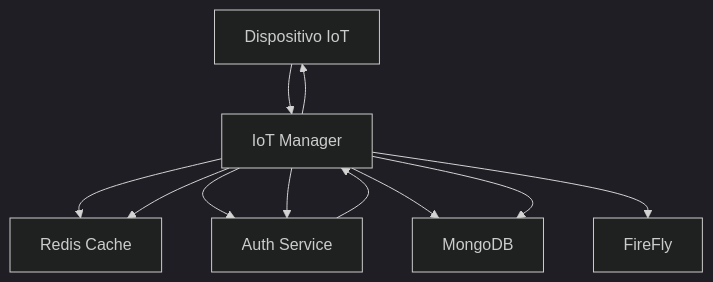
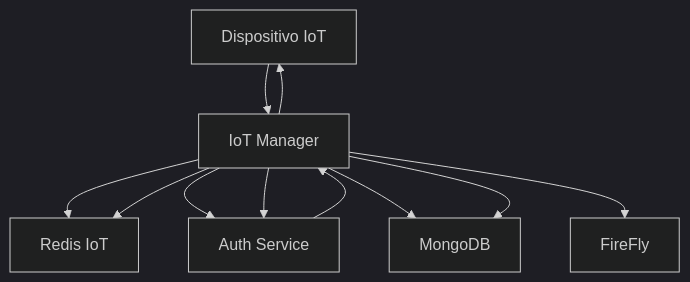
The sixth of 9 diagrams in docs/PATTERNS_AND_SECURITY.md (eromeroc97/TFG_AURORA_Blockchain), drawn with Mermaid (dark theme) before and after one commit. The commit also changed other lines of this file and 3 other files, not shown here.

````diff
--- a/docs/PATTERNS_AND_SECURITY.md
+++ b/docs/PATTERNS_AND_SECURITY.md
@@ -431,21 +434,21 @@
 ```mermaid
 flowchart TD
     A[Dispositivo IoT]
     B[IoT Manager]
-    C[Redis Cache]
+    C[Redis IoT]
     D[Auth Service]
     E[MongoDB]
     F[FireFly]
     
     A --> B
     B --> C
     
     B --> D
     D --> B
     B --> C
     B --> E
     B --> D
     B --> F
     B --> E
     B --> A
 ```
````
